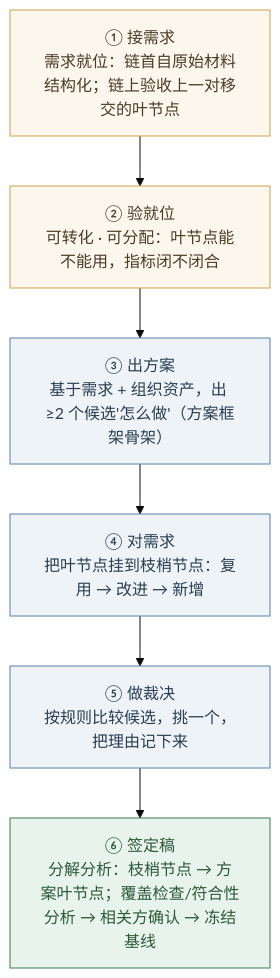
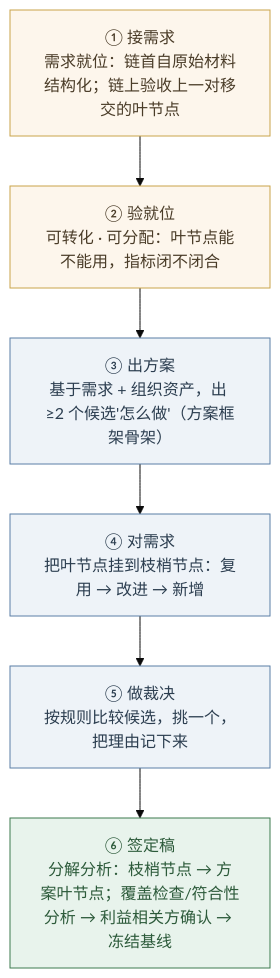
The fourth of 5 diagrams in 100-subprojects/01-系统工程研究/03-架构师是个怎样的物种/06-第6章-设计开发落地-需求与方案结对.md (Yongjunzhou/AOS-system-design), drawn with Mermaid (base theme) before and after one commit. The commit also changed other lines of this file and 15 other files, not shown here.

````diff
--- a/100-subprojects/01-系统工程研究/03-架构师是个怎样的物种/06-第6章-设计开发落地-需求与方案结对.md
+++ b/100-subprojects/01-系统工程研究/03-架构师是个怎样的物种/06-第6章-设计开发落地-需求与方案结对.md
@@ -897,16 +899,16 @@
 ```mermaid
 flowchart TB
     A["① 接需求<br/>需求就位：链首自原始材料结构化；链上验收上一对移交的叶节点"]
     B["② 验就位<br/>可转化 · 可分配：叶节点能不能用，指标闭不闭合"]
     C["③ 出方案<br/>基于需求 + 组织资产，出 ≥2 个候选'怎么做'（方案框架骨架）"]
     D["④ 对需求<br/>把叶节点挂到枝梢节点：复用 → 改进 → 新增"]
     E["⑤ 做裁决<br/>按规则比较候选，挑一个，把理由记下来"]
-    F["⑥ 签定稿<br/>分解分析：枝梢节点 → 方案叶节点；覆盖检查/符合性分析 → 相关方确认 → 冻结基线"]
+    F["⑥ 签定稿<br/>分解分析：枝梢节点 → 方案叶节点；覆盖检查/符合性分析 → 利益相关方确认 → 冻结基线"]
     A --> B --> C --> D --> E --> F
     classDef req fill:#fdf6ec,stroke:#c9a44a,color:#4a3c28;
     classDef sol fill:#eef3f8,stroke:#5b7fa6,color:#2c3e50;
     classDef fin fill:#e8f3ec,stroke:#3d7a4f,color:#2c5a3a;
     class A,B req;
     class C,D,E sol;
     class F fin;
 ```
````
